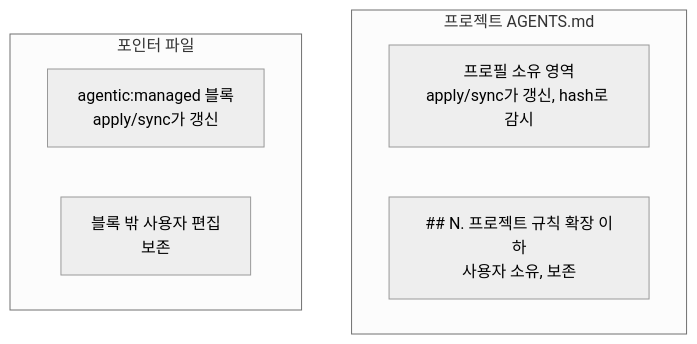
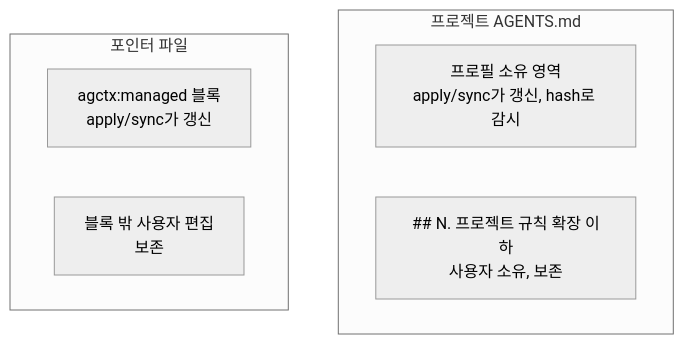
One commit to IsthisLee/agent-context-manager changed the fifth of 8 diagrams in docs/architecture/implementation-mechanics.md. Above: the diagram before and after it, drawn with Mermaid (neutral theme). The commit also changed other lines of this file and 73 other files, not shown here.

````diff
--- a/docs/architecture/implementation-mechanics.md
+++ b/docs/architecture/implementation-mechanics.md
@@ -241,11 +238,11 @@
 ```mermaid
 flowchart TD
   subgraph AGENTS["프로젝트 AGENTS.md"]
     M["프로필 소유 영역<br/>apply/sync가 갱신, hash로 감시"]
     U["## N. 프로젝트 규칙 확장 이하<br/>사용자 소유, 보존"]
   end
   subgraph POINTER["포인터 파일"]
-    PM["agentic:managed 블록<br/>apply/sync가 갱신"]
+    PM["agctx:managed 블록<br/>apply/sync가 갱신"]
     PU["블록 밖 사용자 편집<br/>보존"]
   end
 ```
````
